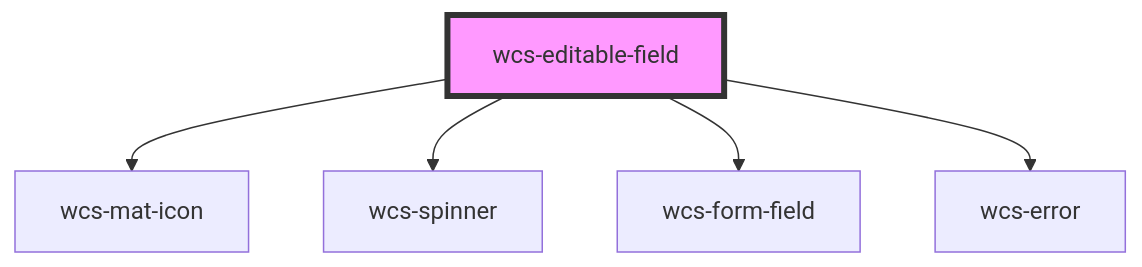
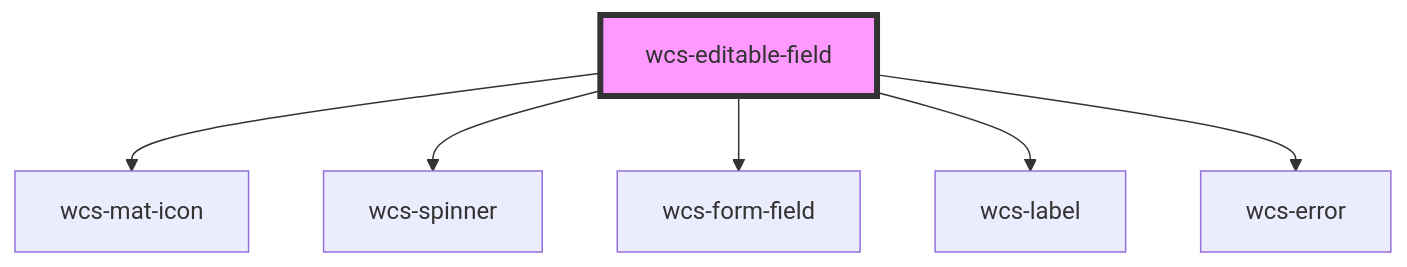
One commit to SNCFdevelopers/wcs changed the diagram in src/components/editable-field/readme.md. Above: the diagram before and after it, drawn with Mermaid. The commit also changed other lines of this file and 8 other files, not shown here.

Commit message:
fix(editable-field): accessibility

````diff
--- a/src/components/editable-field/readme.md
+++ b/src/components/editable-field/readme.md
@@ -62,8 +63,9 @@
 ```mermaid
 graph TD;
   wcs-editable-field --> wcs-mat-icon
   wcs-editable-field --> wcs-spinner
   wcs-editable-field --> wcs-form-field
+  wcs-editable-field --> wcs-label
   wcs-editable-field --> wcs-error
   style wcs-editable-field fill:#f9f,stroke:#333,stroke-width:4px
 ```
````
